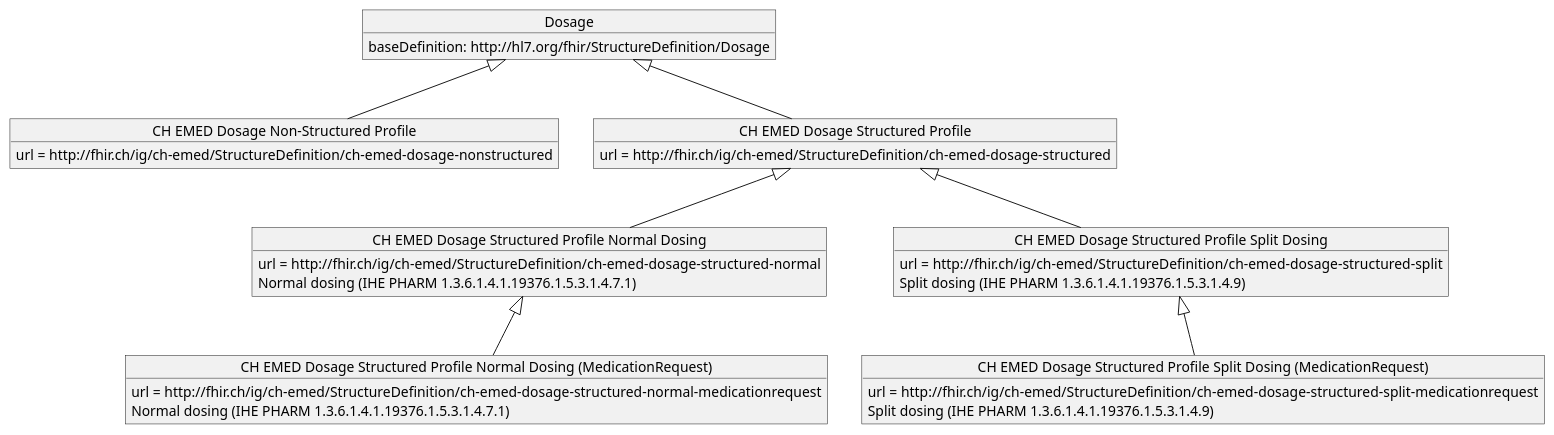
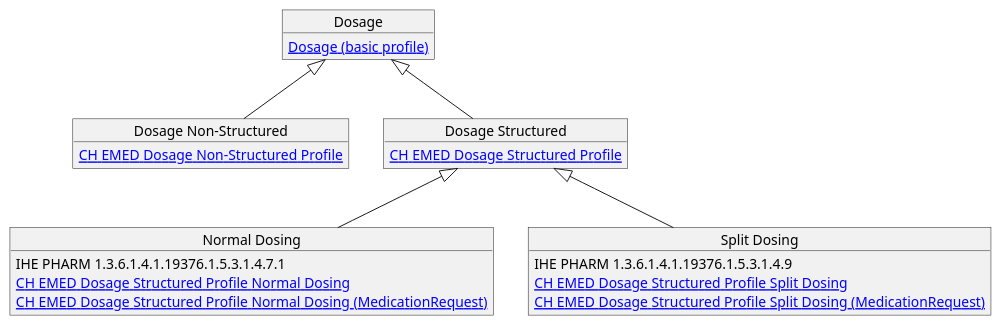
The diagram in input/images-source/dosage.plantuml (hl7ch/ch-emed), drawn with PlantUML before and after one commit. The commit also changed 1 other file, not shown here.

Commit message:
updated dosage tab

```diff
--- a/input/images-source/dosage.plantuml
+++ b/input/images-source/dosage.plantuml
@@ -1,37 +1,29 @@
 @startuml
 
 skinparam svgDimensionStyle false
 
 object "Dosage" as dosage {
-  baseDefinition: http://hl7.org/fhir/StructureDefinition/Dosage
+  [[http://hl7.org/fhir/StructureDefinition/Dosage Dosage (basic profile)]]
 }
-object "CH EMED Dosage Non-Structured Profile" as dosagenonstructured {
-  url = http://fhir.ch/ig/ch-emed/StructureDefinition/ch-emed-dosage-nonstructured
+object "Dosage Non-Structured" as dosagenonstructured {
+  [[StructureDefinition-ch-emed-dosage-nonstructured.html CH EMED Dosage Non-Structured Profile]]
 }
-object "CH EMED Dosage Structured Profile" as dosagestructured {
-  url = http://fhir.ch/ig/ch-emed/StructureDefinition/ch-emed-dosage-structured
+object "Dosage Structured" as dosagestructured {
+  [[StructureDefinition-ch-emed-dosage-structured.html CH EMED Dosage Structured Profile]]
 }
-object "CH EMED Dosage Structured Profile Normal Dosing" as dosagestructurednormal {
-  url = http://fhir.ch/ig/ch-emed/StructureDefinition/ch-emed-dosage-structured-normal
-  Normal dosing (IHE PHARM 1.3.6.1.4.1.19376.1.5.3.1.4.7.1)
+object "Normal Dosing" as dosagestructurednormal {
+  IHE PHARM 1.3.6.1.4.1.19376.1.5.3.1.4.7.1
+  [[StructureDefinition-ch-emed-dosage-structured-normal.html CH EMED Dosage Structured Profile Normal Dosing]]
+  [[StructureDefinition-ch-emed-dosage-structured-normal-medicationrequest.html CH EMED Dosage Structured Profile Normal Dosing (MedicationRequest)]]
 }
-object "CH EMED Dosage Structured Profile Split Dosing" as dosagestructuredsplit {
-  url = http://fhir.ch/ig/ch-emed/StructureDefinition/ch-emed-dosage-structured-split
-  Split dosing (IHE PHARM 1.3.6.1.4.1.19376.1.5.3.1.4.9)
-}
-object "CH EMED Dosage Structured Profile Normal Dosing (MedicationRequest)" as dosagestructurednormalmedicationrequest {
-  url = http://fhir.ch/ig/ch-emed/StructureDefinition/ch-emed-dosage-structured-normal-medicationrequest
-  Normal dosing (IHE PHARM 1.3.6.1.4.1.19376.1.5.3.1.4.7.1)
-}
-object "CH EMED Dosage Structured Profile Split Dosing (MedicationRequest)" as dosagestructuredsplitmedicationrequest {
-  url = http://fhir.ch/ig/ch-emed/StructureDefinition/ch-emed-dosage-structured-split-medicationrequest
-  Split dosing (IHE PHARM 1.3.6.1.4.1.19376.1.5.3.1.4.9)
+object "Split Dosing" as dosagestructuredsplit {
+  IHE PHARM 1.3.6.1.4.1.19376.1.5.3.1.4.9
+  [[StructureDefinition-ch-emed-dosage-structured-split.html CH EMED Dosage Structured Profile Split Dosing]]
+  [[StructureDefinition-ch-emed-dosage-structured-split-medicationrequest.html CH EMED Dosage Structured Profile Split Dosing (MedicationRequest)]]
 }
 
 dosage <|-- dosagenonstructured
 dosage <|-- dosagestructured
 dosagestructured <|-- dosagestructurednormal
 dosagestructured <|-- dosagestructuredsplit
-dosagestructurednormal <|-- dosagestructurednormalmedicationrequest
-dosagestructuredsplit <|-- dosagestructuredsplitmedicationrequest
 @enduml
```
